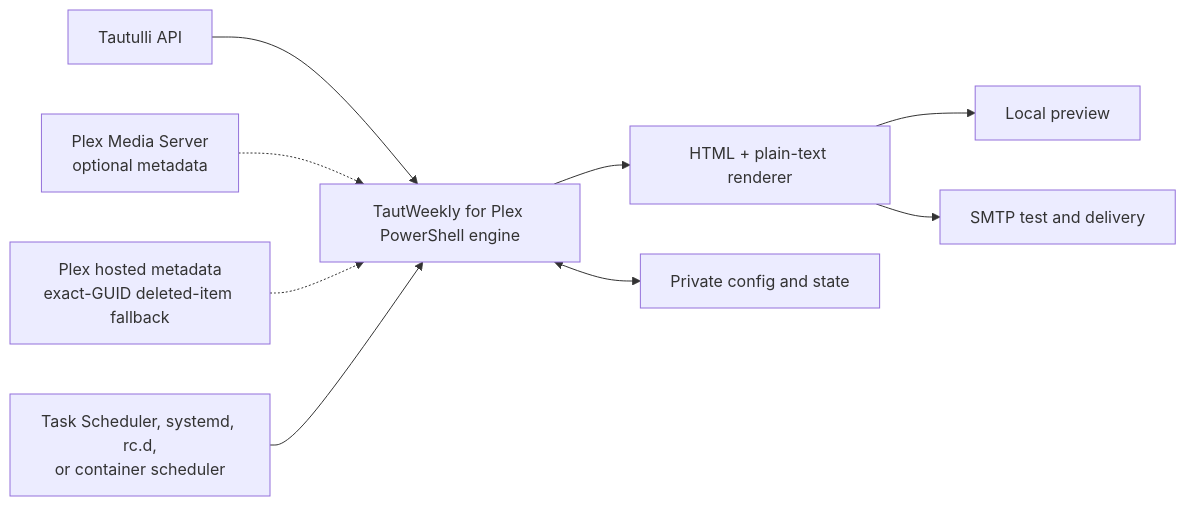
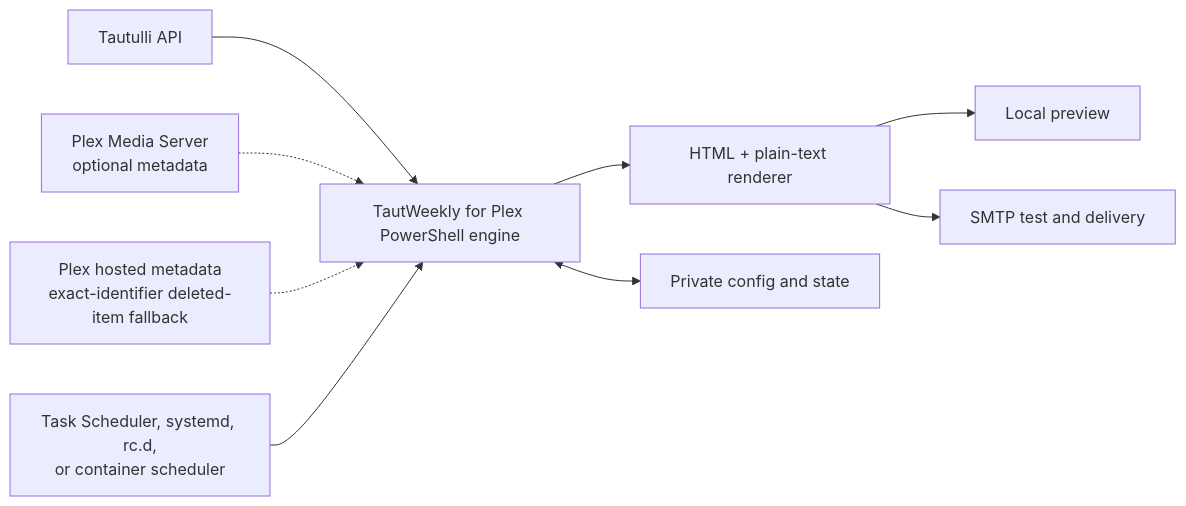
One commit to sparkmoxie/TautWeekly changed the diagram in README.md. Above: the diagram before and after it, drawn with Mermaid. The commit also changed other lines of this file and 8 other files, not shown here.

Commit message:
fix: supply Plex hosted match context

````diff
--- a/README.md
+++ b/README.md
@@ -317,11 +317,11 @@
 ```mermaid
 flowchart LR
     T["Tautulli API"] --> E["TautWeekly for Plex PowerShell engine"]
     P["Plex Media Server\noptional metadata"] -.-> E
-    H["Plex hosted metadata\nexact-GUID deleted-item fallback"] -.-> E
+    H["Plex hosted metadata\nexact-identifier deleted-item fallback"] -.-> E
     E --> R["HTML + plain-text renderer"]
     R --> V["Local preview"]
     R --> M["SMTP test and delivery"]
     E <--> S["Private config and state"]
     C["Task Scheduler, systemd, rc.d,\nor container scheduler"] --> E
 ```
````
